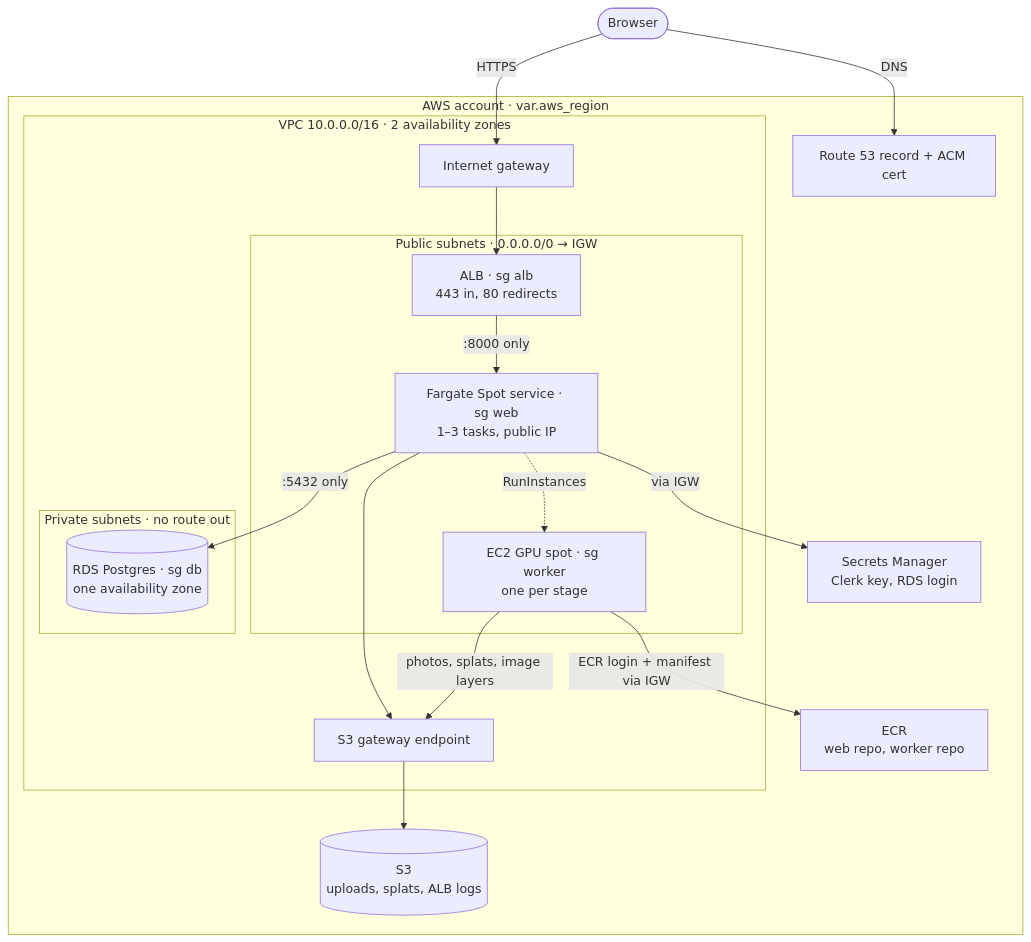
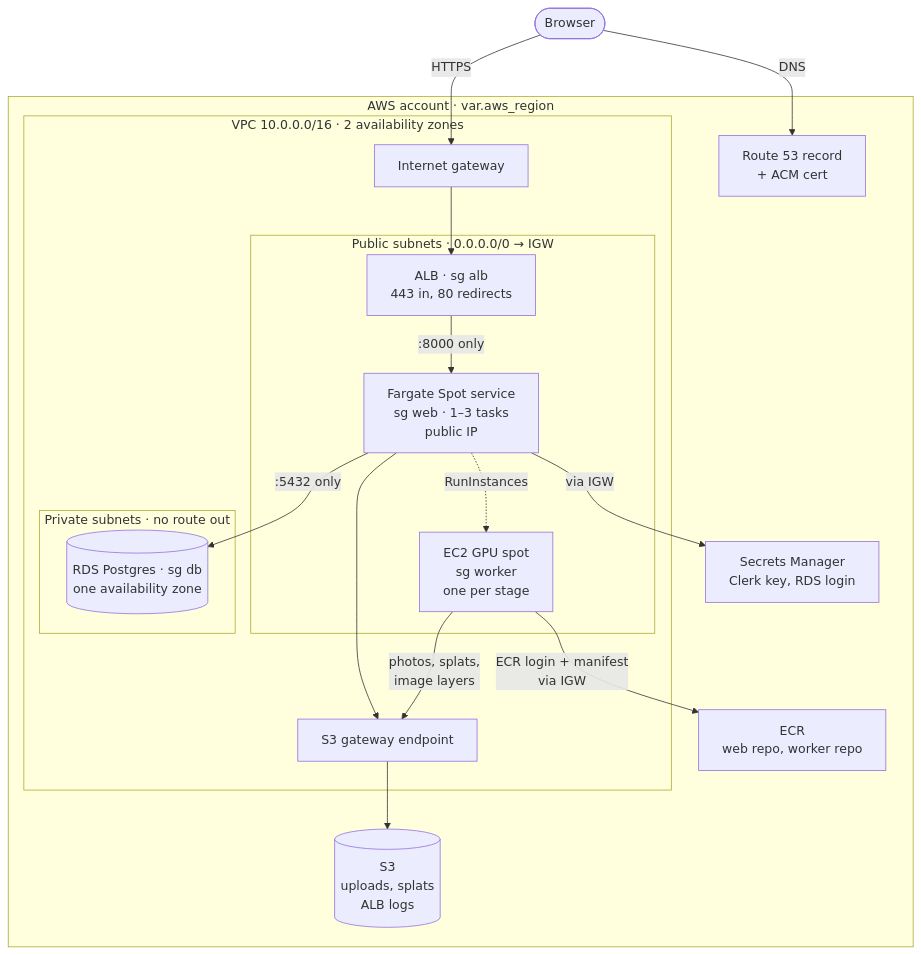
The sixth of 8 diagrams in ARCHITECTURE.md (kamyy/ai-gaussian-splatter), drawn with Mermaid before and after one commit. The commit also changed other lines of this file, not shown here.

First line of the commit message:
docs: add diagrams to ARCHITECTURE.md

````diff
--- a/ARCHITECTURE.md
+++ b/ARCHITECTURE.md
@@ -225,30 +313,30 @@
 ```mermaid
 flowchart TB
   user(["Browser"])
   subgraph aws["AWS account · var.aws_region"]
-    r53["Route 53 record + ACM cert"]
+    r53["Route 53 record<br/>+ ACM cert"]
     subgraph vpc["VPC 10.0.0.0/16 · 2 availability zones"]
       igw["Internet gateway"]
       subgraph pub["Public subnets · 0.0.0.0/0 → IGW"]
         alb["ALB · sg alb<br/>443 in, 80 redirects"]
-        web["Fargate Spot service · sg web<br/>1–3 tasks, public IP"]
-        worker["EC2 GPU spot · sg worker<br/>one per stage"]
+        web["Fargate Spot service<br/>sg web · 1–3 tasks<br/>public IP"]
+        worker["EC2 GPU spot<br/>sg worker<br/>one per stage"]
       end
       subgraph priv["Private subnets · no route out"]
         rds[("RDS Postgres · sg db<br/>one availability zone")]
       end
       s3ep["S3 gateway endpoint"]
     end
-    s3[("S3<br/>uploads, splats, ALB logs")]
+    s3[("S3<br/>uploads, splats<br/>ALB logs")]
     ecr["ECR<br/>web repo, worker repo"]
     sm["Secrets Manager<br/>Clerk key, RDS login"]
   end
   user -->|DNS| r53
   user -->|HTTPS| igw --> alb -->|":8000 only"| web
   web -->|":5432 only"| rds
   web -.->|RunInstances| worker
   web --> s3ep
-  worker -->|"photos, splats, image layers"| s3ep --> s3
-  worker -->|"ECR login + manifest via IGW"| ecr
+  worker -->|"photos, splats,<br/>image layers"| s3ep --> s3
+  worker -->|"ECR login + manifest<br/>via IGW"| ecr
   web -->|via IGW| sm
 ```
````
